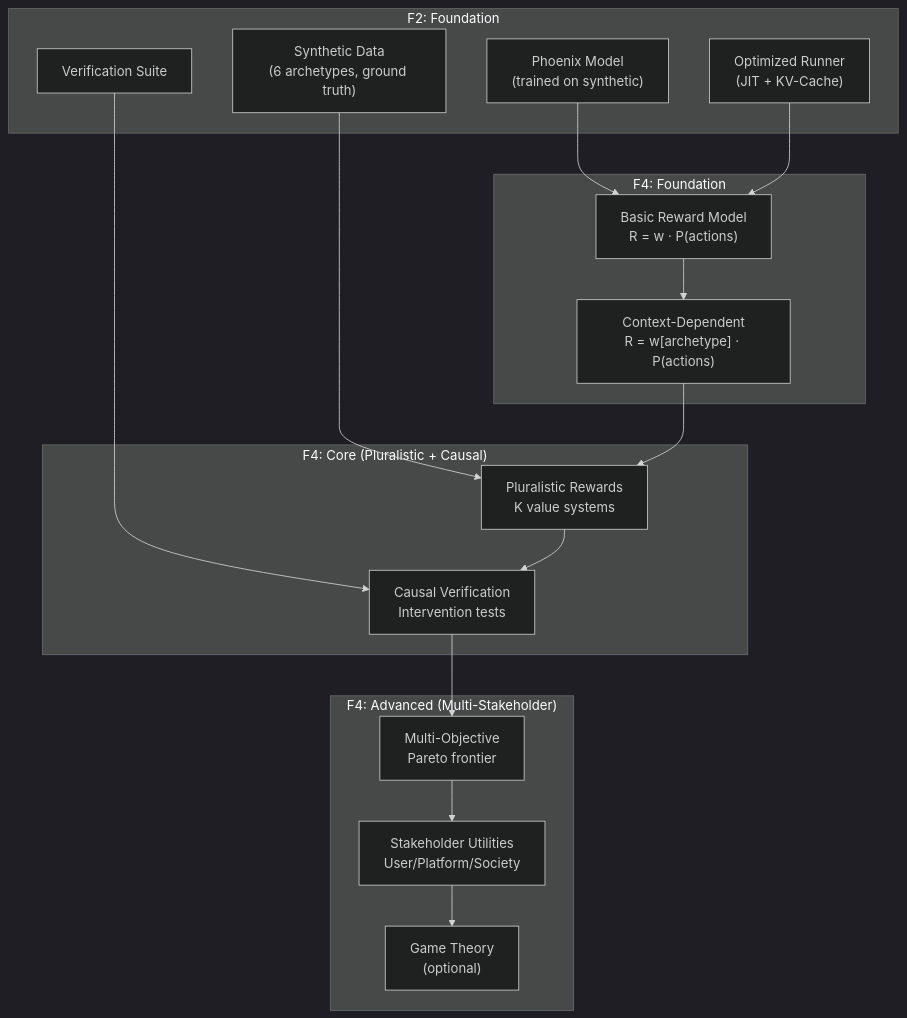
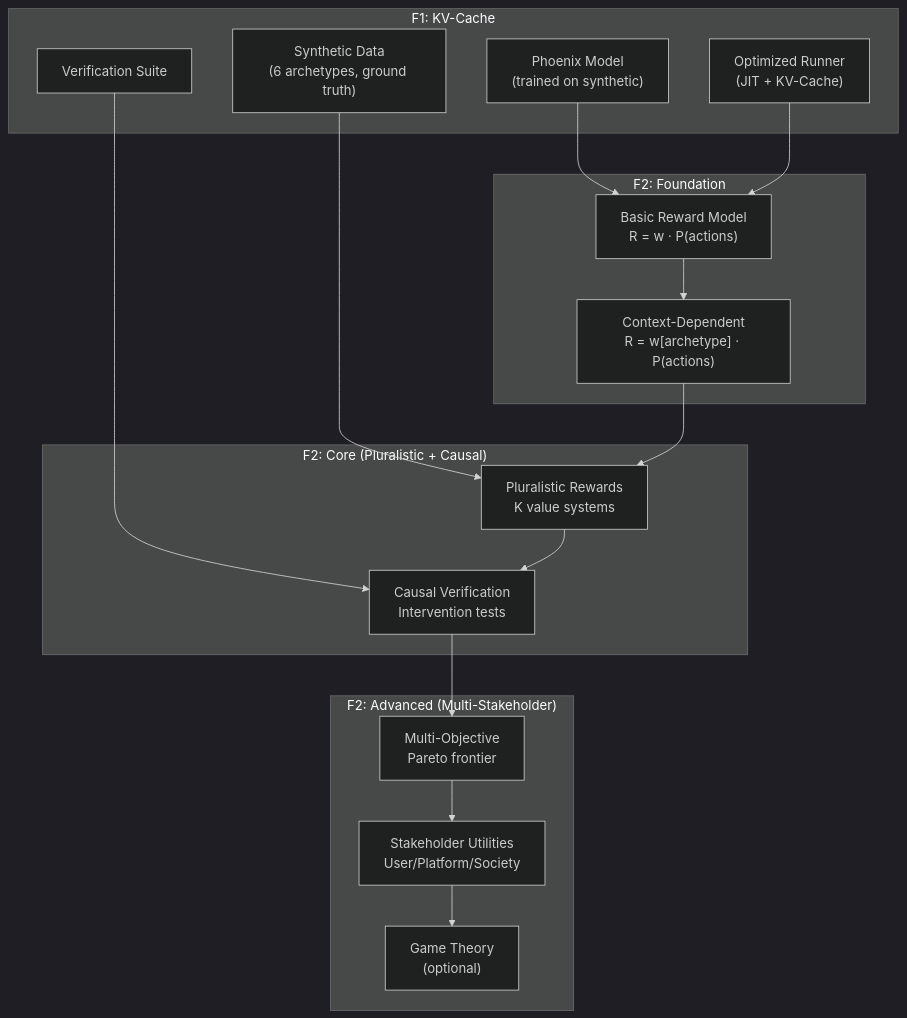
Before and after one commit to kar-ganap/x-algorithm-enhancements: the ninth of 24 diagrams in docs/design_doc.md, drawn with Mermaid (dark theme). The commit also changed other lines of this file and 43 other files, not shown here.

````diff
--- a/docs/design_doc.md
+++ b/docs/design_doc.md
@@ -413,37 +413,37 @@
 ```mermaid
 graph TB
-    subgraph f2["F2: Foundation"]
+    subgraph f2["F1: KV-Cache"]
         phoenix["Phoenix Model<br/>(trained on synthetic)"]
         synthetic["Synthetic Data<br/>(6 archetypes, ground truth)"]
         optim["Optimized Runner<br/>(JIT + KV-Cache)"]
         verify["Verification Suite"]
     end
 
-    subgraph f4_foundation["F4: Foundation"]
+    subgraph f4_foundation["F2: Foundation"]
         reward_base["Basic Reward Model<br/>R = w · P(actions)"]
         context["Context-Dependent<br/>R = w[archetype] · P(actions)"]
     end
 
-    subgraph f4_core["F4: Core (Pluralistic + Causal)"]
+    subgraph f4_core["F2: Core (Pluralistic + Causal)"]
         plural["Pluralistic Rewards<br/>K value systems"]
         causal["Causal Verification<br/>Intervention tests"]
     end
 
-    subgraph f4_advanced["F4: Advanced (Multi-Stakeholder)"]
+    subgraph f4_advanced["F2: Advanced (Multi-Stakeholder)"]
         multi_obj["Multi-Objective<br/>Pareto frontier"]
         stakeholder["Stakeholder Utilities<br/>User/Platform/Society"]
         game["Game Theory<br/>(optional)"]
     end
 
     phoenix --> reward_base
     synthetic --> plural
     optim --> reward_base
     verify --> causal
 
     reward_base --> context
     context --> plural
     plural --> causal
     causal --> multi_obj
     multi_obj --> stakeholder
     stakeholder --> game
 ```
````
